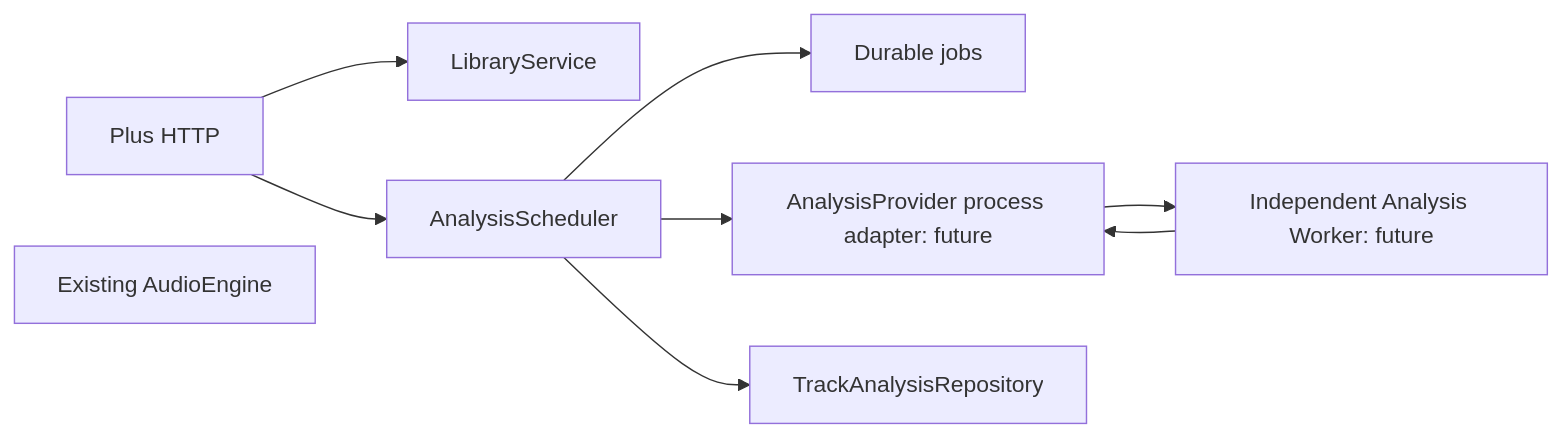
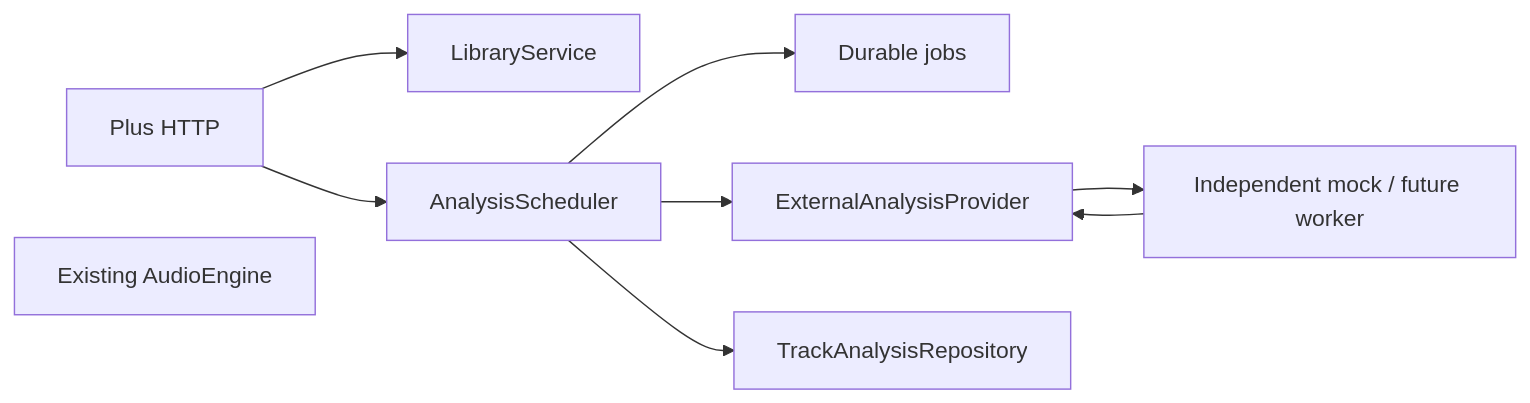
One commit to Josh-png12/liveplay changed the diagram in docs/ANALYSIS_ARCHITECTURE.md. Above: the diagram before and after it, drawn with Mermaid. The commit also changed other lines of this file and 34 other files, not shown here.

````diff
--- a/docs/ANALYSIS_ARCHITECTURE.md
+++ b/docs/ANALYSIS_ARCHITECTURE.md
@@ -18,11 +18,11 @@
 ```mermaid
 flowchart LR
   HTTP[Plus HTTP] --> Library[LibraryService]
   HTTP --> Scheduler[AnalysisScheduler]
   Scheduler --> Jobs[Durable jobs]
-  Scheduler --> Adapter[AnalysisProvider process adapter: future]
-  Adapter --> Worker[Independent Analysis Worker: future]
+  Scheduler --> Adapter[ExternalAnalysisProvider]
+  Adapter --> Worker[Independent mock / future worker]
   Worker --> Adapter
   Scheduler --> Results[TrackAnalysisRepository]
   Engine[Existing AudioEngine]
 ```
````
